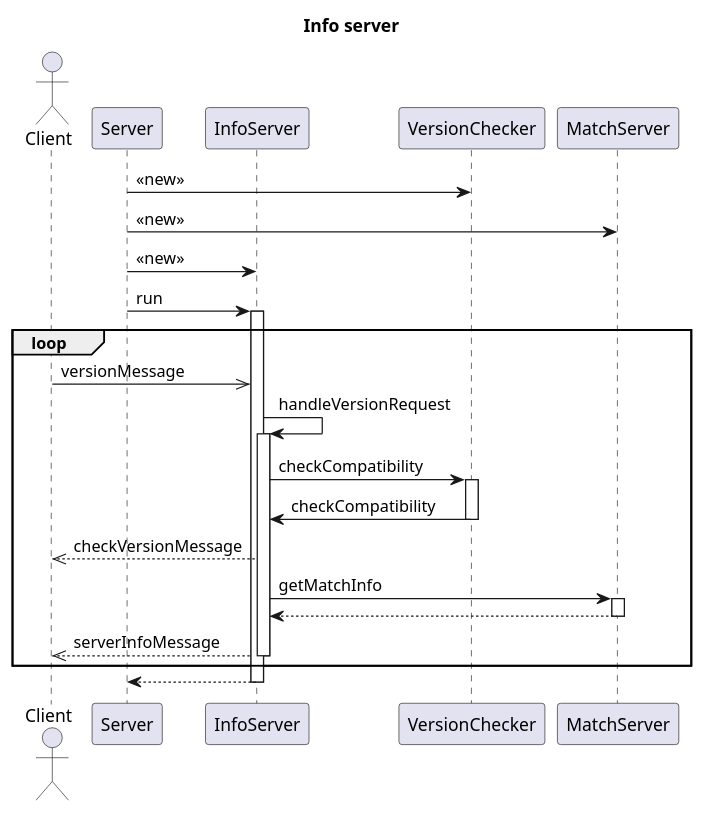
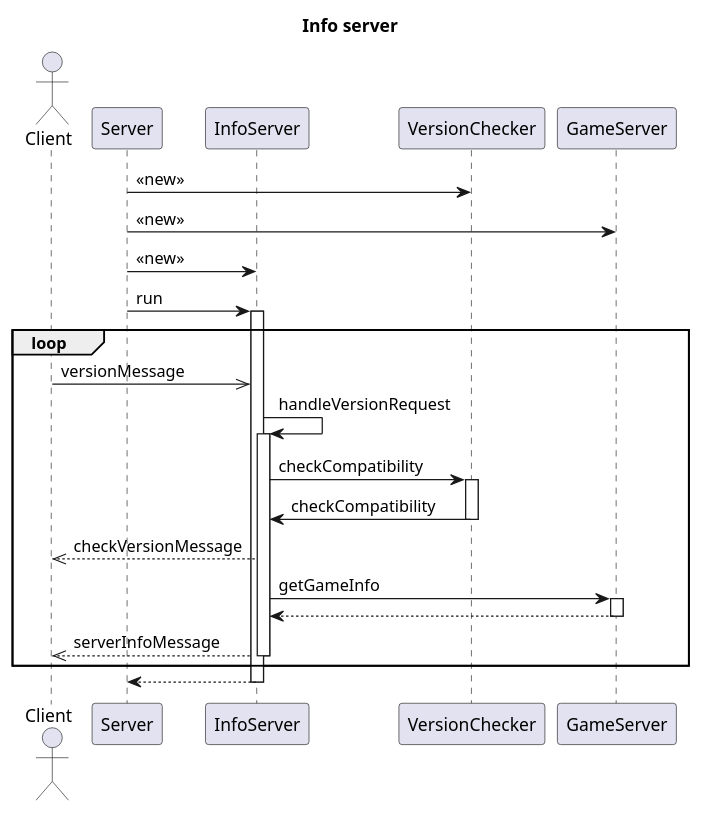
Before and after one commit to lemunozm/asciiarena-js: the diagram in docs/design/server/info_server_sequence.puml, drawn with PlantUML. The commit also changed 1 other file, not shown here.

```diff
--- a/docs/design/server/info_server_sequence.puml
+++ b/docs/design/server/info_server_sequence.puml
@@ -1,35 +1,35 @@
 @startuml
 
 title Info server
 
 actor Client
 participant Server
 participant InfoServer
 participant VersionChecker
-participant MatchServer
+participant GameServer
 
 Server -> VersionChecker : <<new>>
-Server -> MatchServer : <<new>>
+Server -> GameServer : <<new>>
 Server -> InfoServer : <<new>>
 Server -> InfoServer : run
 activate InfoServer
 loop
     Client ->> InfoServer : versionMessage
     InfoServer -> InfoServer : handleVersionRequest
     activate InfoServer
     InfoServer -> VersionChecker : checkCompatibility
     activate VersionChecker
     InfoServer <- VersionChecker : checkCompatibility
     deactivate VersionChecker
     Client <<-- InfoServer : checkVersionMessage
-    InfoServer -> MatchServer : getMatchInfo
-    activate MatchServer
-    InfoServer <-- MatchServer
-    deactivate MatchServer
+    InfoServer -> GameServer : getGameInfo
+    activate GameServer
+    InfoServer <-- GameServer
+    deactivate GameServer
     Client <<-- InfoServer : serverInfoMessage
     deactivate InfoServer
 end
 Server <-- InfoServer
 deactivate InfoServer
 
 @enduml
```
